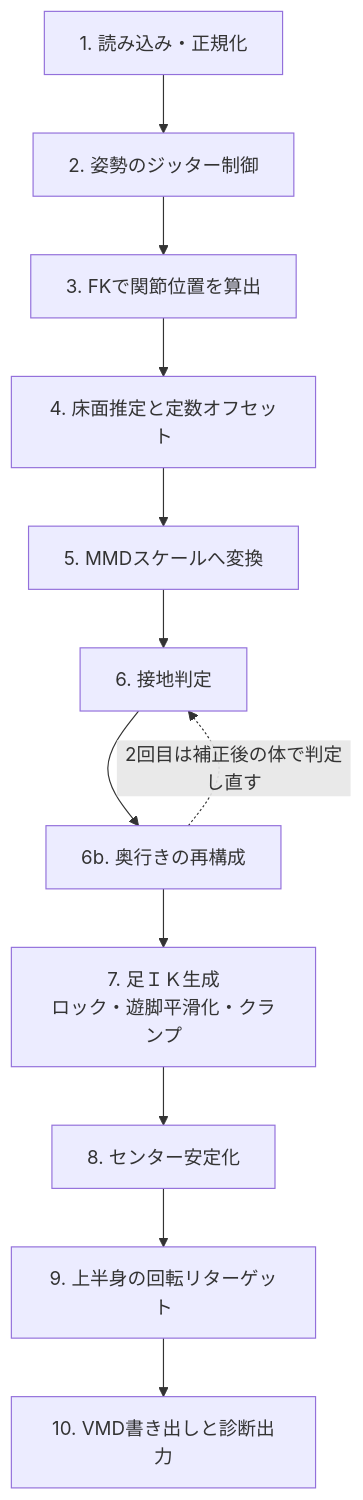
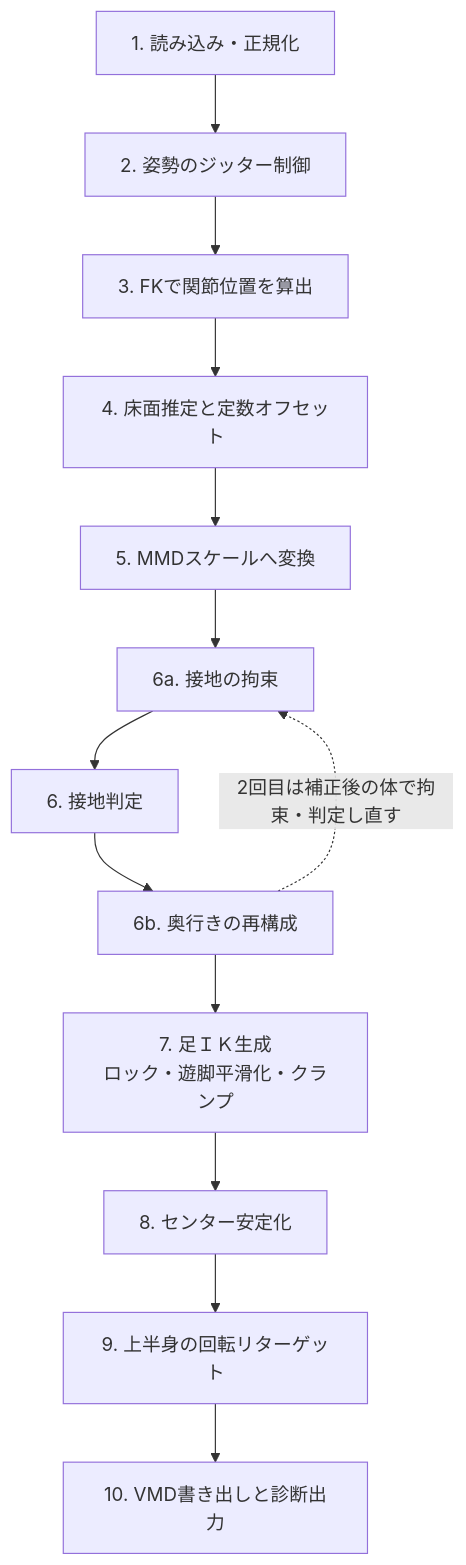
The diagram in vmd.md (yamak493/nlf), drawn with Mermaid before and after one commit. The commit also changed other lines of this file and 14 other files, not shown here.

````diff
--- a/vmd.md
+++ b/vmd.md
@@ -7,14 +7,15 @@
 ```mermaid
 flowchart TD
   A[1. 読み込み・正規化] --> B[2. 姿勢のジッター制御]
   B --> C[3. FKで関節位置を算出]
   C --> D[4. 床面推定と定数オフセット]
   D --> E[5. MMDスケールへ変換]
-  E --> F[6. 接地判定]
+  E --> F0[6a. 接地の拘束]
+  F0 --> F[6. 接地判定]
   F --> F2[6b. 奥行きの再構成]
-  F2 -. 2回目は補正後の体で判定し直す .-> F
+  F2 -. 2回目は補正後の体で拘束・判定し直す .-> F0
   F2 --> G[7. 足ＩＫ生成<br/>ロック・遊脚平滑化・クランプ]
   G --> H[8. センター安定化]
   H --> I[9. 上半身の回転リターゲット]
   I --> J[10. VMD書き出しと診断出力]
 ```
````
